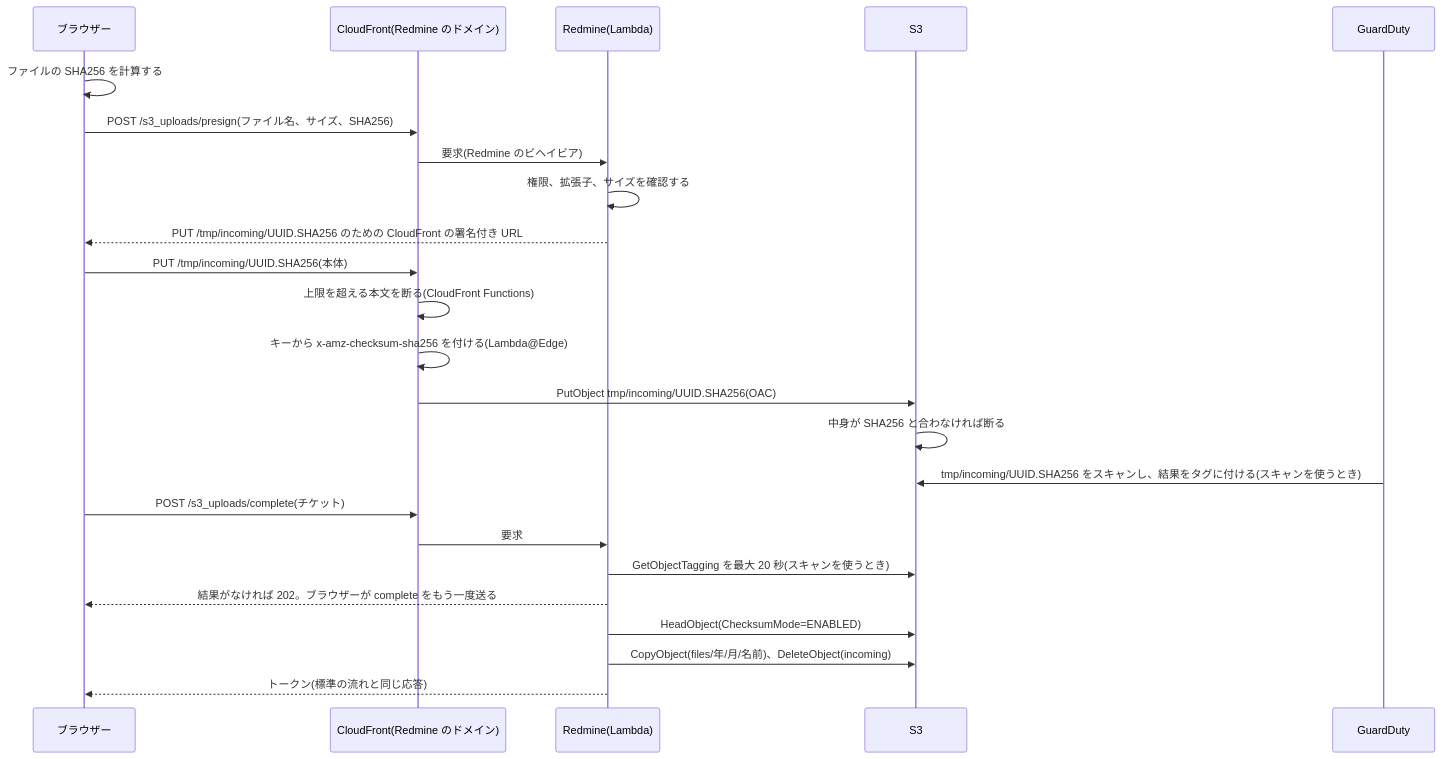
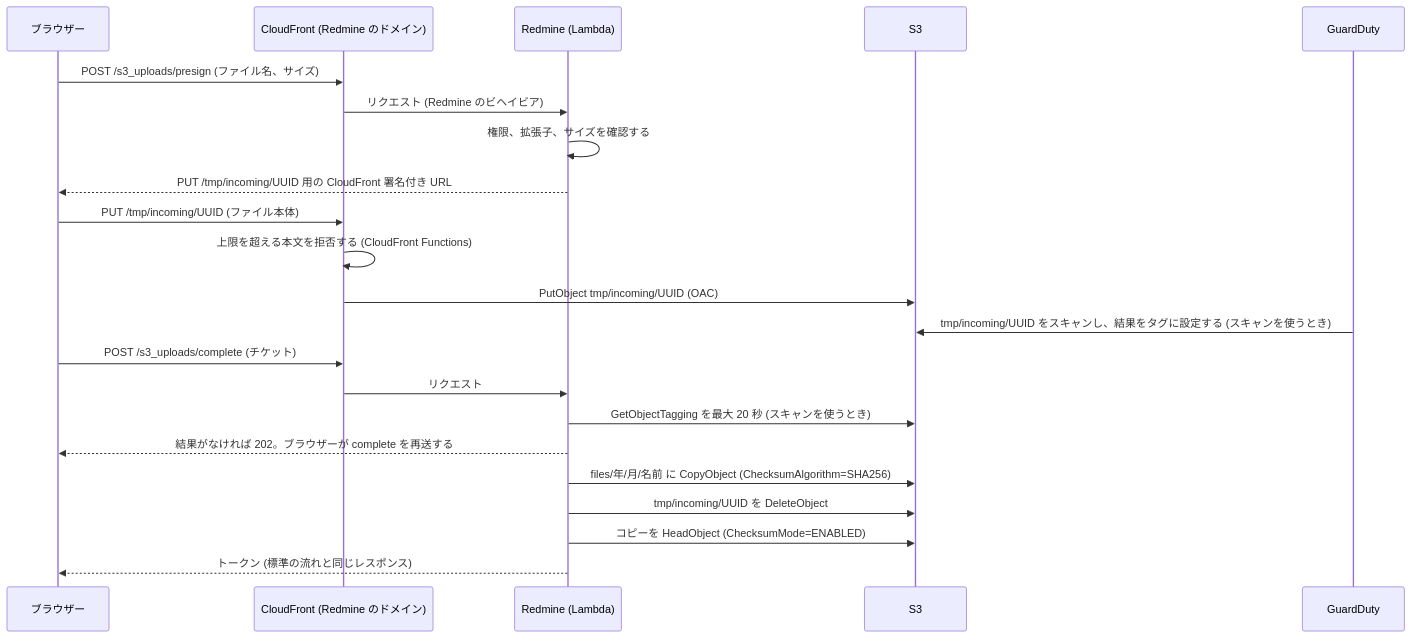
The first of 3 diagrams in docs/ja/attachments.md (redmine-kit/redmine_aws_s3), drawn with Mermaid before and after one commit. The commit also changed other lines of this file and 8 other files, not shown here.

First line of the commit message:
Describe the SHA256 that S3 computes for uploads

````diff
--- a/docs/ja/attachments.md
+++ b/docs/ja/attachments.md
@@ -90,26 +90,24 @@
 ```mermaid
 sequenceDiagram
   participant B as ブラウザー
-  participant C as CloudFront(Redmine のドメイン)
-  participant R as Redmine(Lambda)
+  participant C as CloudFront (Redmine のドメイン)
+  participant R as Redmine (Lambda)
   participant S as S3
   participant G as GuardDuty
-  B->>B: ファイルの SHA256 を計算する
-  B->>C: POST /s3_uploads/presign(ファイル名、サイズ、SHA256)
-  C->>R: 要求(Redmine のビヘイビア)
+  B->>C: POST /s3_uploads/presign (ファイル名、サイズ)
+  C->>R: リクエスト (Redmine のビヘイビア)
   R->>R: 権限、拡張子、サイズを確認する
-  R-->>B: PUT /tmp/incoming/UUID.SHA256 のための CloudFront の署名付き URL
-  B->>C: PUT /tmp/incoming/UUID.SHA256(本体)
-  C->>C: 上限を超える本文を断る(CloudFront Functions)
-  C->>C: キーから x-amz-checksum-sha256 を付ける(Lambda@Edge)
-  C->>S: PutObject tmp/incoming/UUID.SHA256(OAC)
-  S->>S: 中身が SHA256 と合わなければ断る
-  G->>S: tmp/incoming/UUID.SHA256 をスキャンし、結果をタグに付ける(スキャンを使うとき)
-  B->>C: POST /s3_uploads/complete(チケット)
-  C->>R: 要求
-  R->>S: GetObjectTagging を最大 20 秒(スキャンを使うとき)
-  R-->>B: 結果がなければ 202。ブラウザーが complete をもう一度送る
-  R->>S: HeadObject(ChecksumMode=ENABLED)
-  R->>S: CopyObject(files/年/月/名前)、DeleteObject(incoming)
-  R-->>B: トークン(標準の流れと同じ応答)
+  R-->>B: PUT /tmp/incoming/UUID 用の CloudFront 署名付き URL
+  B->>C: PUT /tmp/incoming/UUID (ファイル本体)
+  C->>C: 上限を超える本文を拒否する (CloudFront Functions)
+  C->>S: PutObject tmp/incoming/UUID (OAC)
+  G->>S: tmp/incoming/UUID をスキャンし、結果をタグに設定する (スキャンを使うとき)
+  B->>C: POST /s3_uploads/complete (チケット)
+  C->>R: リクエスト
+  R->>S: GetObjectTagging を最大 20 秒 (スキャンを使うとき)
+  R-->>B: 結果がなければ 202。ブラウザーが complete を再送する
+  R->>S: files/年/月/名前 に CopyObject (ChecksumAlgorithm=SHA256)
+  R->>S: tmp/incoming/UUID を DeleteObject
+  R->>S: コピーを HeadObject (ChecksumMode=ENABLED)
+  R-->>B: トークン (標準の流れと同じレスポンス)
 ```
````
